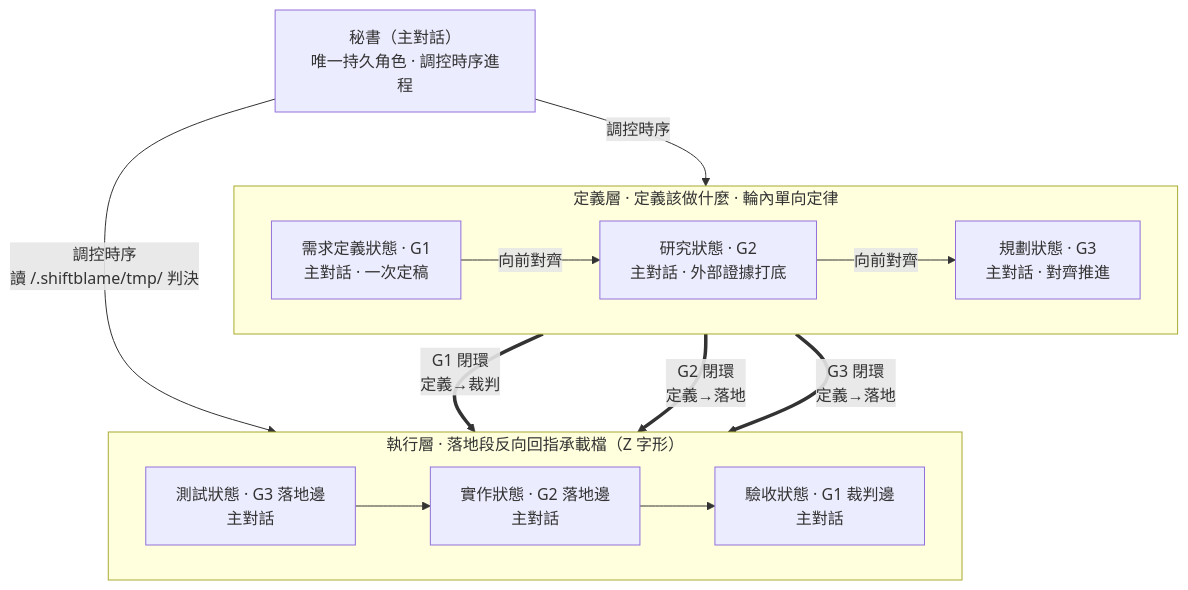
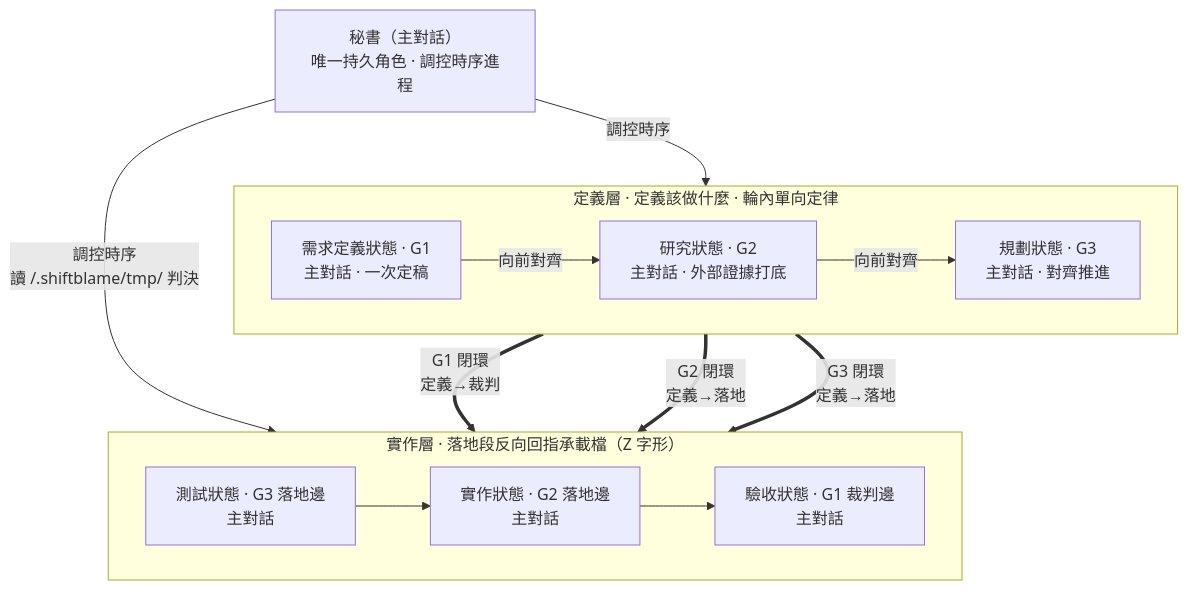
The second of 2 diagrams in README.md (teps3105/shiftblame), drawn with Mermaid before and after one commit. The commit also changed other lines of this file and 33 other files, not shown here.

````diff
--- a/README.md
+++ b/README.md
@@ -136,19 +148,19 @@
 ```mermaid
 flowchart TB
     SEC["秘書（主對話）<br/>唯一持久角色 · 調控時序進程"]
     subgraph Consult["定義層 · 定義該做什麼 · 輪內單向定律"]
         direction LR
         G1["需求定義狀態 · G1<br/>主對話 · 一次定稿"] -->|向前對齊| G2["研究狀態 · G2<br/>主對話 · 外部證據打底"]
         G2 -->|向前對齊| G3["規劃狀態 · G3<br/>主對話 · 對齊推進"]
     end
-    subgraph Build["執行層 · 落地段反向回指承載檔（Z 字形）"]
+    subgraph Build["實作層 · 落地段反向回指承載檔（Z 字形）"]
         direction LR
         TST["測試狀態 · G3 落地邊<br/>主對話"] --> DEV["實作狀態 · G2 落地邊<br/>主對話"]
         DEV --> ACC["驗收狀態 · G1 裁判邊<br/>主對話"]
     end
     SEC -- 調控時序 --> Consult
     SEC -- 調控時序<br/>讀 <repo>/.shiftblame/tmp/ 判決 --> Build
     G1 == "G1 閉環<br/>定義→裁判" ==> ACC
     G2 == "G2 閉環<br/>定義→落地" ==> DEV
     G3 == "G3 閉環<br/>定義→落地" ==> TST
 ```
````
